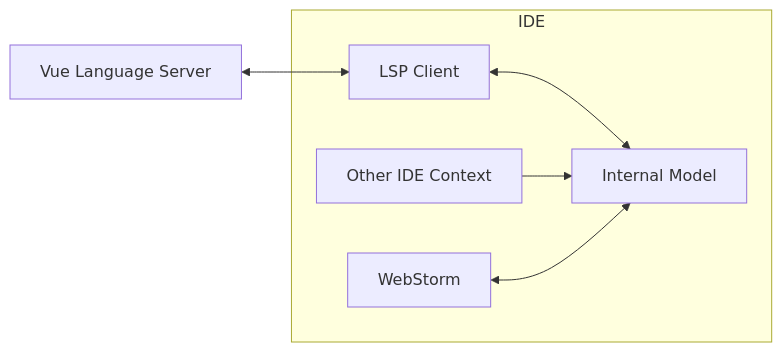
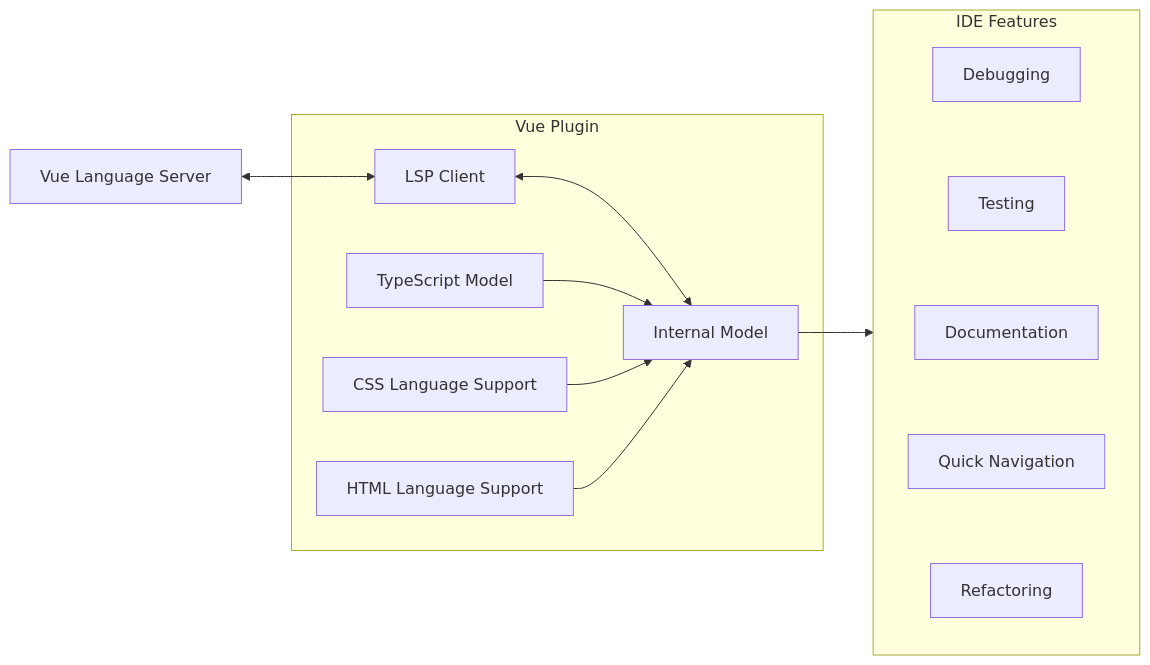
Before and after one commit to niklas-wortmann/volar-slides: the third of 3 diagrams in slides.md, drawn with Mermaid.

Commit message:
upgrade diagram

````diff
--- a/slides.md
+++ b/slides.md
@@ -323,9 +323,19 @@
 ```mermaid
 flowchart LR
   A["Vue Language Server"]<-->B["LSP Client"]
-  subgraph IDE
+  subgraph one["Vue Plugin"]
   B["LSP Client"]<-->C["Internal Model"]
-  D["Other IDE Context"]-->C
-  E["WebStorm"]<-->C
+  E["TypeScript Model"]-->C
+  F["CSS Language Support"]-->C
+  G["HTML Language Support"]-->C
   end
+  subgraph two["IDE Features"]
+  Testing ~~~ Documentation
+  Documentation ~~~ I
+  Debugging ~~~ Testing
+  Refactoring ~~~ I
+  I["Quick Navigation"] ~~~ Refactoring
+  end
+  C --> two
+  
 ```
````
